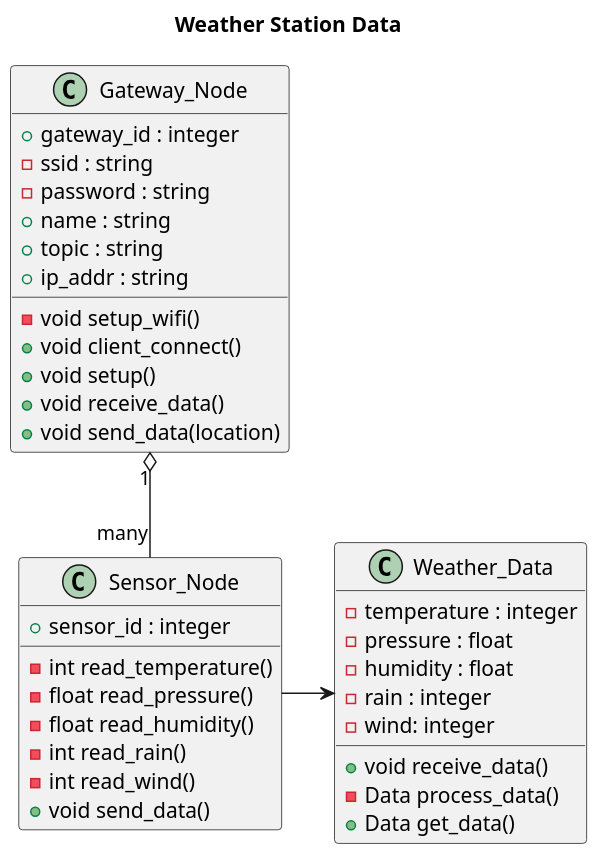
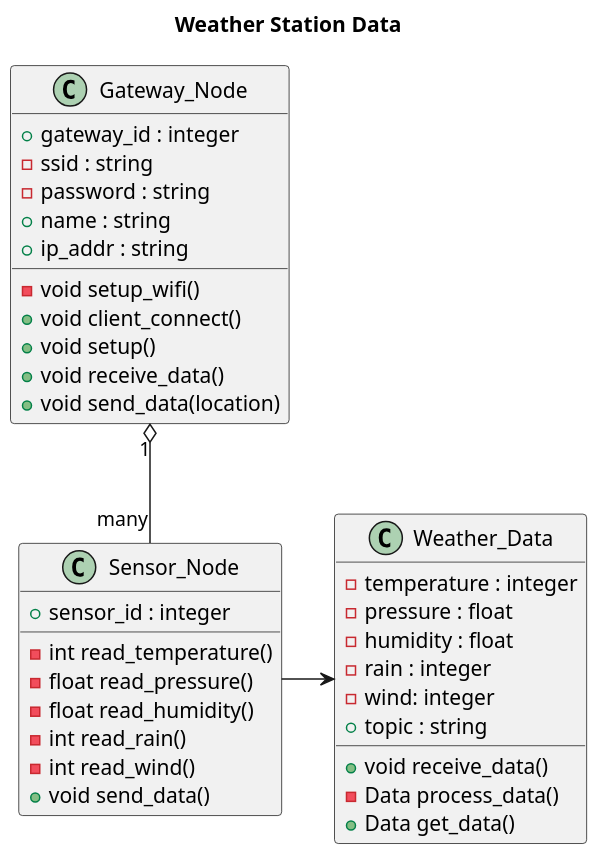
The diagram in Weather_Station_Class.puml (Kylertk21/Weather_Station), drawn with PlantUML before and after one commit. The commit also changed other lines of this file and 4 other files, not shown here.

```diff
--- a/Weather_Station_Class.puml
+++ b/Weather_Station_Class.puml
@@ -1,45 +1,45 @@
 @startuml
 'https://plantuml.com/class-diagram
 
 scale 1.5
 title Weather Station Data
 class Weather_Data {
     -temperature : integer
     -pressure : float
     -humidity : float
     -rain : integer
     -wind: integer
+    +topic : string
 
     +void receive_data()
     -Data process_data()
     +Data get_data()
 }
 
 class Sensor_Node {
     +sensor_id : integer
     -int read_temperature()
     -float read_pressure()
     -float read_humidity()
     -int read_rain()
     -int read_wind()
     +void send_data()
 }
 Sensor_Node -> Weather_Data
 
 class Gateway_Node {
     +gateway_id : integer
     -ssid : string
     -password : string
     +name : string
-    +topic : string
     +ip_addr : string
 
     -void setup_wifi()
     +void client_connect()
     +void setup()
     +void receive_data()
     +void send_data(location)
 }
 Gateway_Node "1" o-- "many" Sensor_Node
 
 @enduml
```
